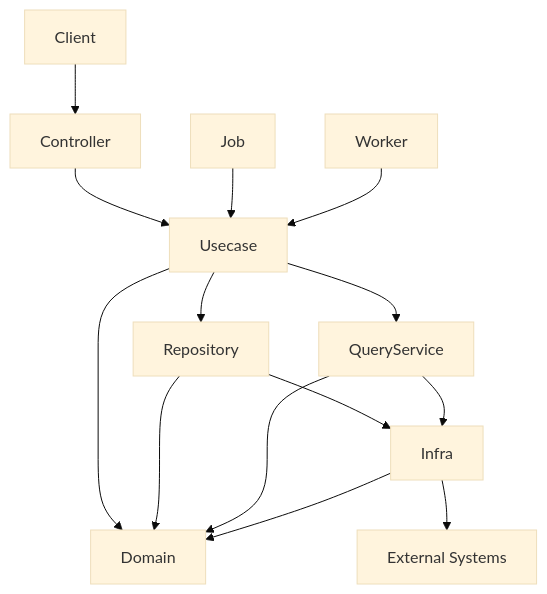
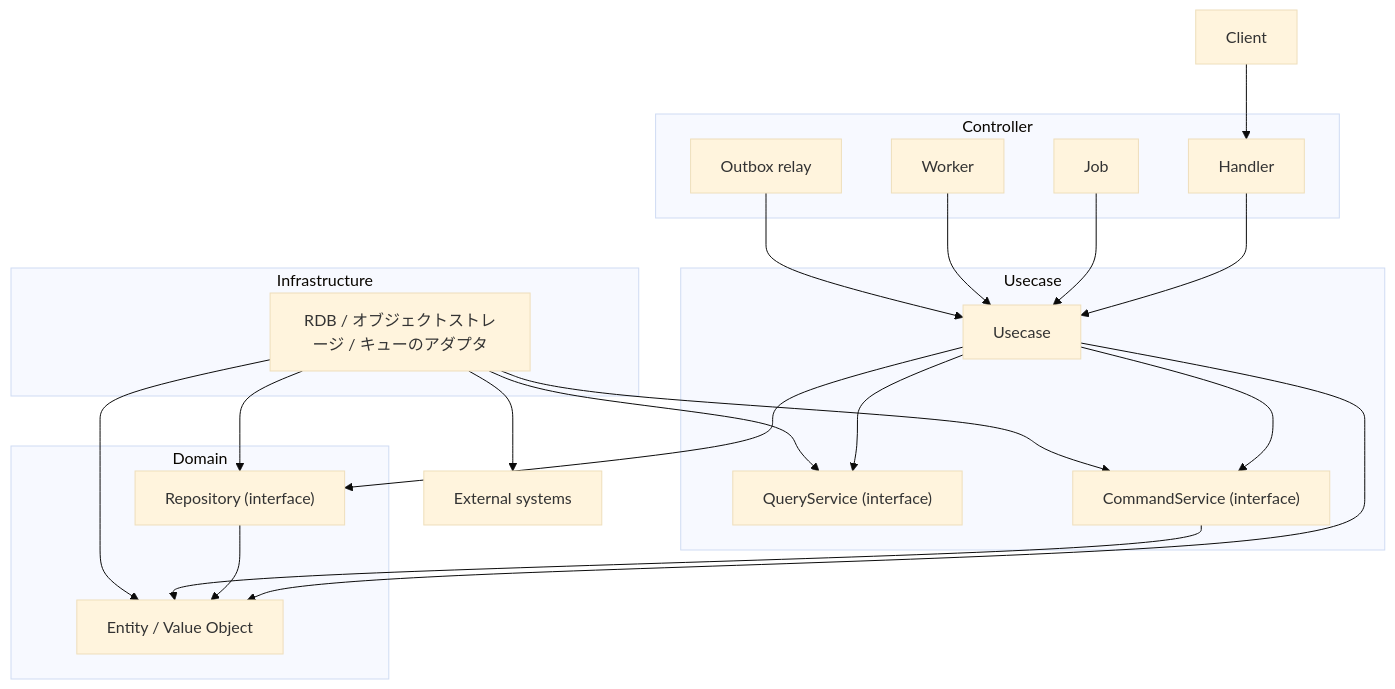
One commit to Tomy-ch/go-boilerplate changed the diagram in README.ja.md. Above: the diagram before and after it, drawn with Mermaid (base theme). The commit also changed other lines of this file and 1 other file, not shown here.

First line of the commit message:
Docs: README に設計思想を追加し構成図とマップを実体へ同期する

````diff
--- a/README.ja.md
+++ b/README.ja.md
@@ -114,21 +117,50 @@
 ```mermaid
 flowchart TB
 
-Client --> Controller
-Controller --> Usecase
+Client
+
+subgraph controller["Controller"]
+    Handler
+    Job
+    Worker
+    OutboxRelay["Outbox relay"]
+end
+
+subgraph usecase["Usecase"]
+    Usecase
+    QueryService["QueryService (interface)"]
+    CommandService["CommandService (interface)"]
+end
+
+subgraph domain["Domain"]
+    Domain["Entity / Value Object"]
+    Repository["Repository (interface)"]
+end
+
+subgraph infrastructure["Infrastructure"]
+    Infra["RDB / オブジェクトストレージ / キューのアダプタ"]
+end
+
+External["External systems"]
+
+Client --> Handler
+
+Handler --> Usecase
 Job --> Usecase
 Worker --> Usecase
+OutboxRelay --> Usecase
 
 Usecase --> Domain
 Usecase --> Repository
 Usecase --> QueryService
+Usecase --> CommandService
 
 Repository --> Domain
-QueryService --> Domain
+CommandService --> Domain
 
-Repository --> Infra
-QueryService --> Infra
-
+Infra --> Repository
+Infra --> QueryService
+Infra --> CommandService
 Infra --> Domain
-Infra --> External["External Systems"]
+Infra --> External
 ```
````
